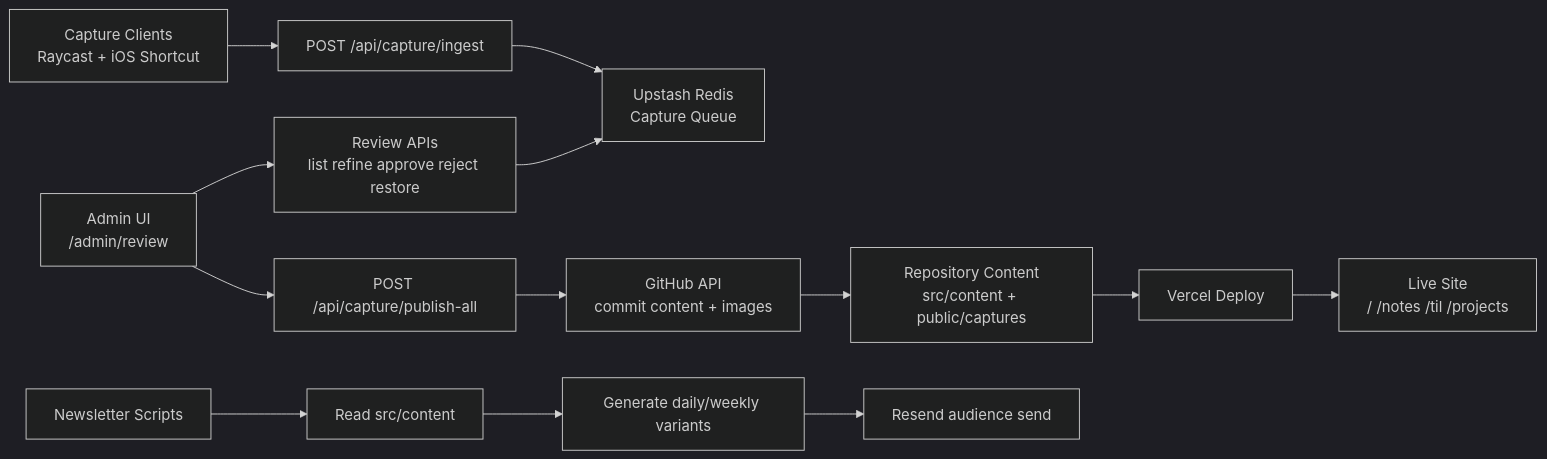
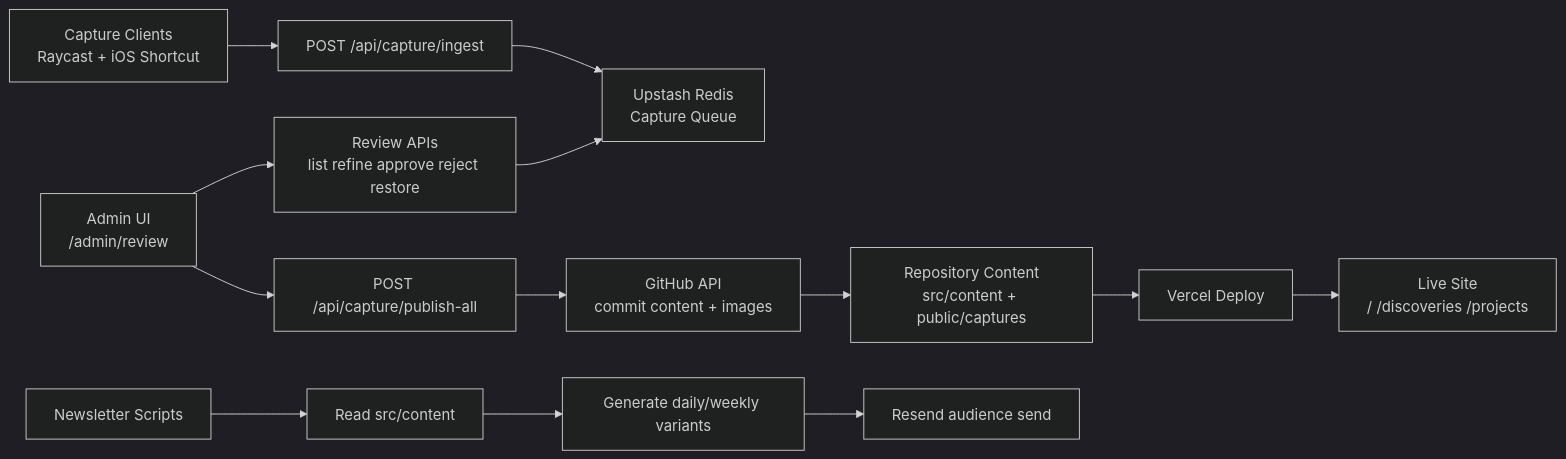
Before and after one commit to mnttnm/digital-garden: the diagram in README.md, drawn with Mermaid (dark theme). The commit also changed other lines of this file and 2 other files, not shown here.

First line of the commit message:
docs: update documentation for new content schema

````diff
--- a/README.md
+++ b/README.md
@@ -20,18 +20,18 @@
 ```mermaid
 flowchart LR
   A["Capture Clients\nRaycast + iOS Shortcut"] --> B["POST /api/capture/ingest"]
   B --> C["Upstash Redis\nCapture Queue"]
 
   D["Admin UI\n/admin/review"] --> E["Review APIs\nlist refine approve reject restore"]
   E --> C
 
   D --> F["POST /api/capture/publish-all"]
   F --> G["GitHub API\ncommit content + images"]
   G --> H["Repository Content\nsrc/content + public/captures"]
   H --> I["Vercel Deploy"]
-  I --> J["Live Site\n/ /notes /til /projects"]
+  I --> J["Live Site\n/ /discoveries /projects"]
 
   K["Newsletter Scripts"] --> L["Read src/content"]
   L --> M["Generate daily/weekly variants"]
   M --> N["Resend audience send"]
 ```
````
